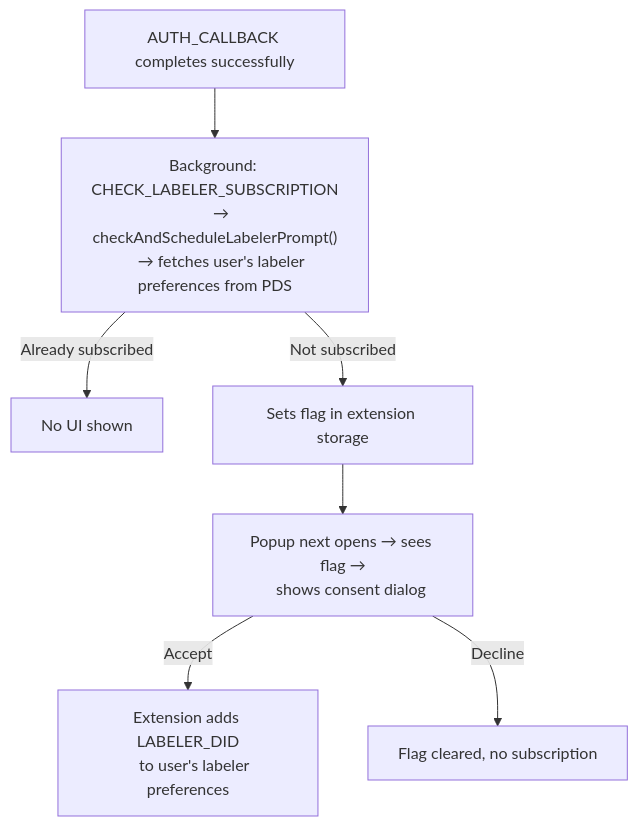
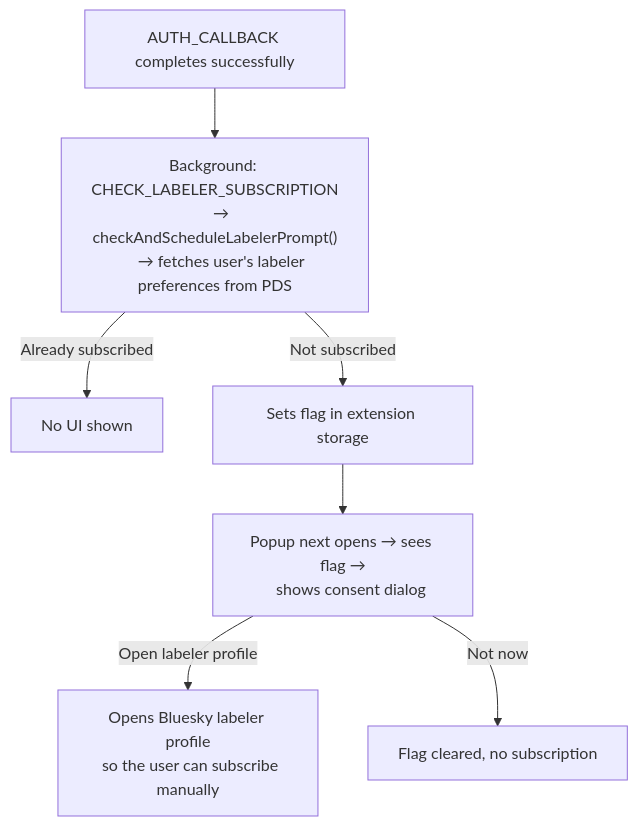
The diagram in docs/dev/labeler-services.md (selfagency/skeeditor), drawn with Mermaid before and after one commit. The commit also changed other lines of this file and 22 other files, not shown here.

````diff
--- a/docs/dev/labeler-services.md
+++ b/docs/dev/labeler-services.md
@@ -60,13 +68,13 @@
 ```mermaid
 flowchart TD
     A["AUTH_CALLBACK completes successfully"] --> B["Background: CHECK_LABELER_SUBSCRIPTION
     → checkAndScheduleLabelerPrompt()
     → fetches user's labeler preferences from PDS"]
     B -->|"Already subscribed"| C["No UI shown"]
     B -->|"Not subscribed"| D["Sets flag in extension storage"]
     D --> E["Popup next opens → sees flag →
     shows consent dialog"]
-    E -->|"Accept"| F["Extension adds LABELER_DID
-    to user's labeler preferences"]
-    E -->|"Decline"| G["Flag cleared, no subscription"]
+  E -->|"Open labeler profile"| F["Opens Bluesky labeler profile
+  so the user can subscribe manually"]
+  E -->|"Not now"| G["Flag cleared, no subscription"]
 ```
````
